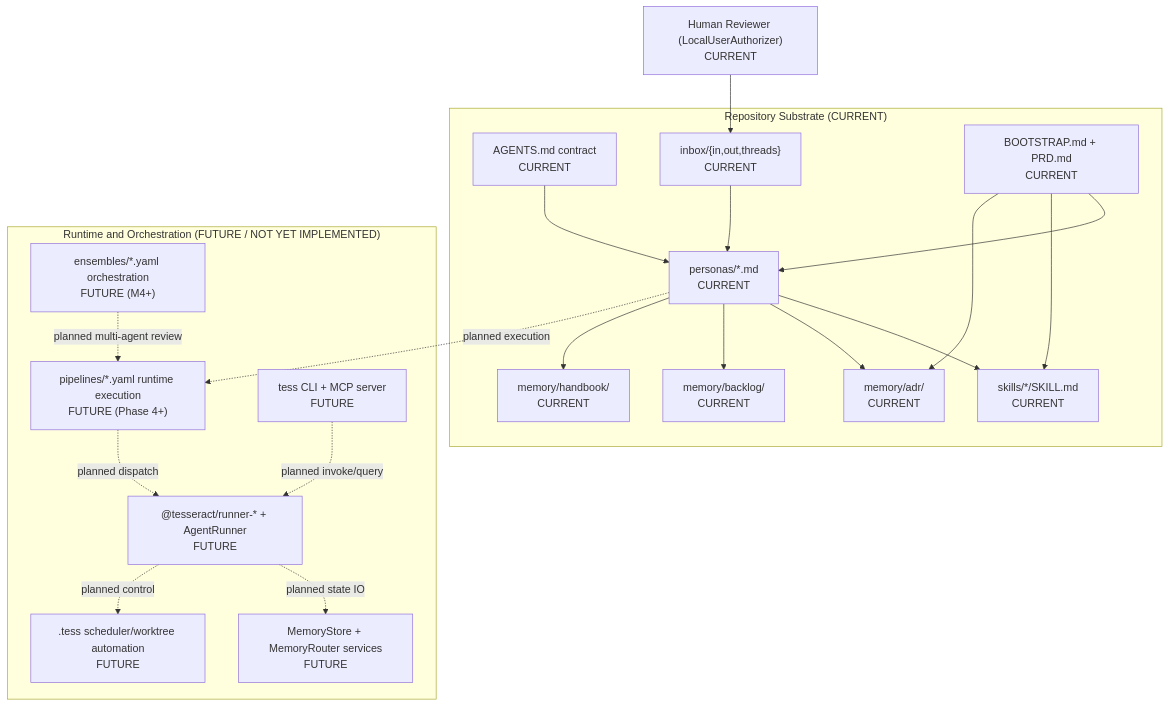
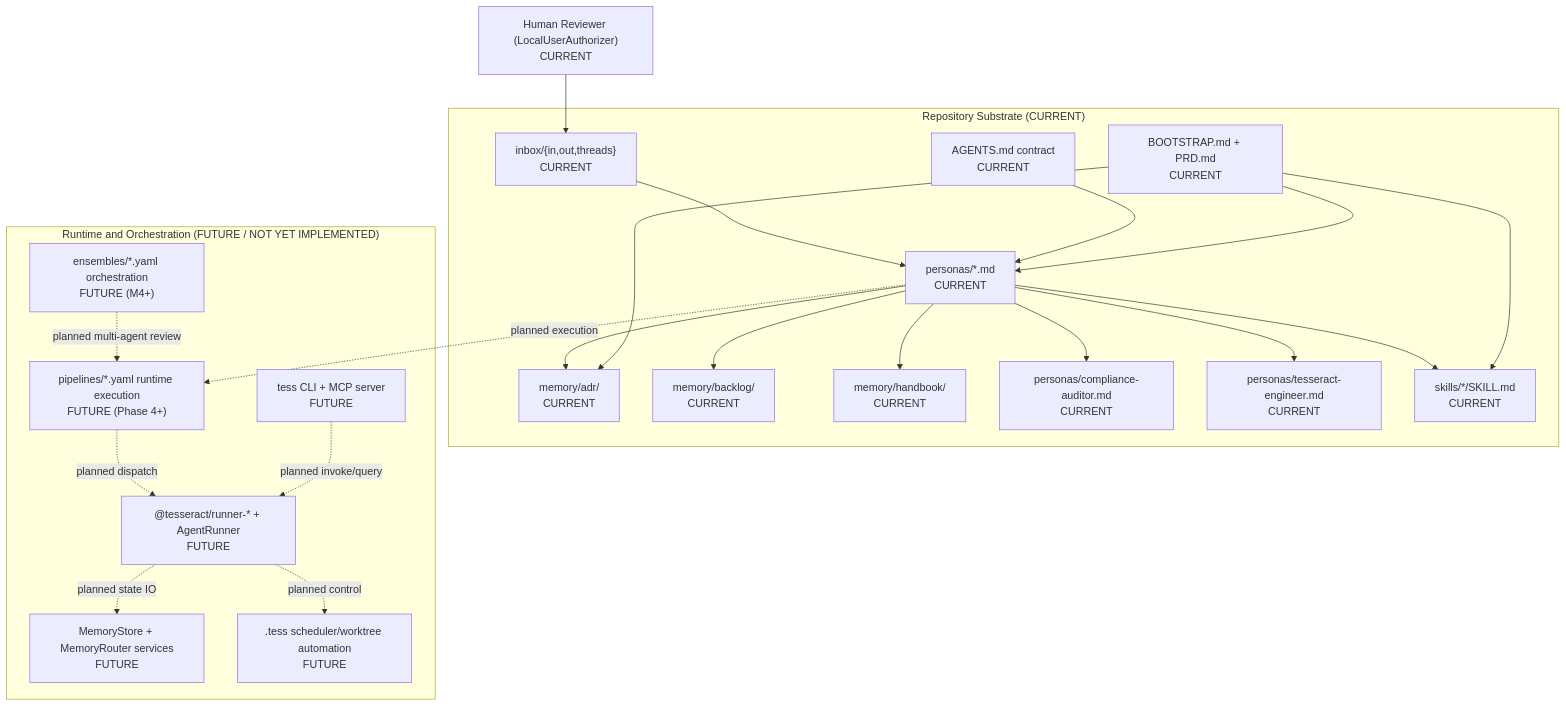
One commit to alenlukic/pancreator changed the diagram in memory/adr/0002-system-architecture-map.md. Above: the diagram before and after it, drawn with Mermaid. The commit also changed other lines of this file and 3 other files, not shown here.

````diff
--- a/memory/adr/0002-system-architecture-map.md
+++ b/memory/adr/0002-system-architecture-map.md
@@ -85,42 +85,46 @@
 ```mermaid
 flowchart TB
     Human["Human Reviewer (LocalUserAuthorizer)\nCURRENT"]
 
     subgraph Repo["Repository Substrate (CURRENT)"]
       AGENTS["AGENTS.md contract\nCURRENT"]
       INBOX["inbox/{in,out,threads}\nCURRENT"]
       ADR["memory/adr/\nCURRENT"]
       BACKLOG["memory/backlog/\nCURRENT"]
       HANDBOOK["memory/handbook/\nCURRENT"]
       PERSONAS["personas/*.md\nCURRENT"]
+      COMPLIANCE["personas/compliance-auditor.md\nCURRENT"]
+      TENGINEER["personas/tesseract-engineer.md\nCURRENT"]
       SKILLS["skills/*/SKILL.md\nCURRENT"]
       BOOT["BOOTSTRAP.md + PRD.md\nCURRENT"]
     end
 
     subgraph Runtime["Runtime and Orchestration (FUTURE / NOT YET IMPLEMENTED)"]
       PIPELINES["pipelines/*.yaml runtime execution\nFUTURE (Phase 4+)"]
       ENSEMBLES["ensembles/*.yaml orchestration\nFUTURE (M4+)"]
       RUNNER["@tesseract/runner-* + AgentRunner\nFUTURE"]
       MEMORY["MemoryStore + MemoryRouter services\nFUTURE"]
       CLI["tess CLI + MCP server\nFUTURE"]
       CONTROL[".tess scheduler/worktree automation\nFUTURE"]
     end
 
     Human --> INBOX
     INBOX --> PERSONAS
+    PERSONAS --> COMPLIANCE
+    PERSONAS --> TENGINEER
     PERSONAS --> SKILLS
     PERSONAS --> ADR
     PERSONAS --> BACKLOG
     PERSONAS --> HANDBOOK
     AGENTS --> PERSONAS
     BOOT --> PERSONAS
     BOOT --> SKILLS
     BOOT --> ADR
 
     PERSONAS -. planned execution .-> PIPELINES
     PIPELINES -. planned dispatch .-> RUNNER
     RUNNER -. planned state IO .-> MEMORY
     RUNNER -. planned control .-> CONTROL
     CLI -. planned invoke/query .-> RUNNER
     ENSEMBLES -. planned multi-agent review .-> PIPELINES
 ```
````
